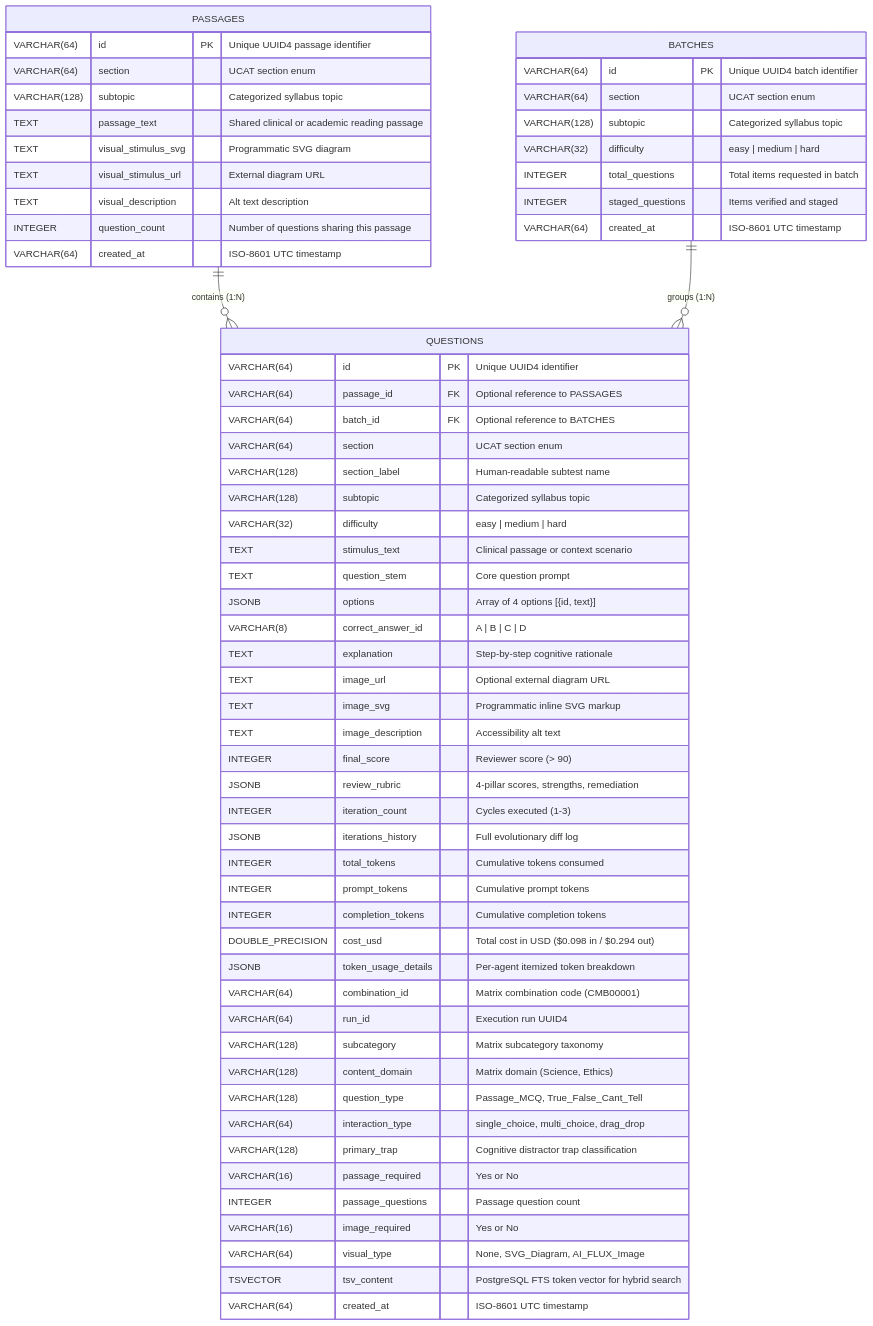
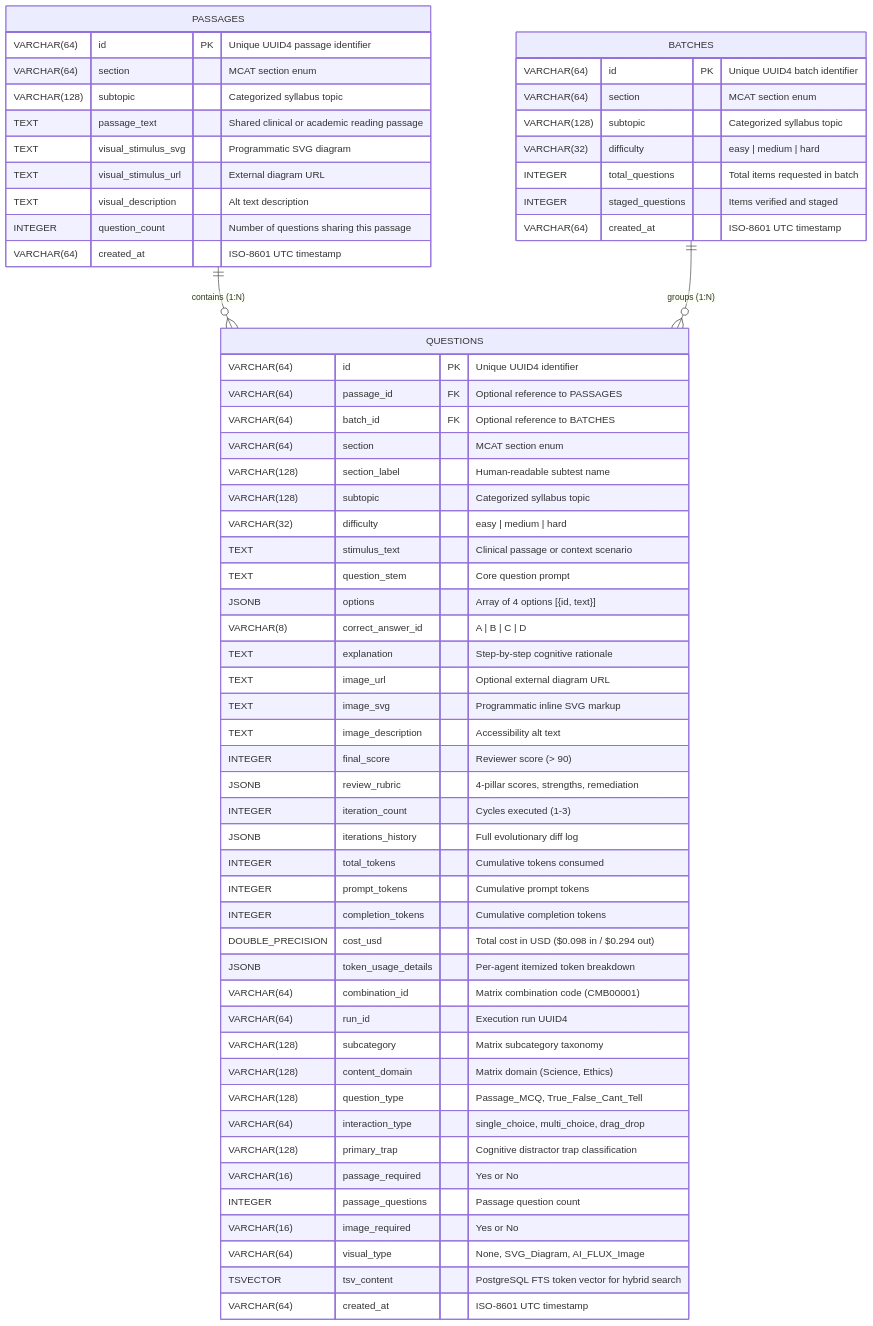
Before and after one commit to VishwamPatel-Infynno/MCAT-Question-Bank-Generator: the fourth of 6 diagrams in docs/ARCHITECTURE.md, drawn with Mermaid. The commit also changed other lines of this file and 69 other files, not shown here.

First line of the commit message:
feat(mcat): transition to official AAMC MCAT standard with fixed 5-question batches and binary passage architecture

````diff
--- a/docs/ARCHITECTURE.md
+++ b/docs/ARCHITECTURE.md
@@ -247,67 +247,67 @@
 ```mermaid
 erDiagram
     PASSAGES ||--o{ QUESTIONS : "contains (1:N)"
     BATCHES ||--o{ QUESTIONS : "groups (1:N)"
 
     PASSAGES {
         VARCHAR(64) id PK "Unique UUID4 passage identifier"
-        VARCHAR(64) section "UCAT section enum"
+        VARCHAR(64) section "MCAT section enum"
         VARCHAR(128) subtopic "Categorized syllabus topic"
         TEXT passage_text "Shared clinical or academic reading passage"
         TEXT visual_stimulus_svg "Programmatic SVG diagram"
         TEXT visual_stimulus_url "External diagram URL"
         TEXT visual_description "Alt text description"
         INTEGER question_count "Number of questions sharing this passage"
         VARCHAR(64) created_at "ISO-8601 UTC timestamp"
     }
 
     BATCHES {
         VARCHAR(64) id PK "Unique UUID4 batch identifier"
-        VARCHAR(64) section "UCAT section enum"
+        VARCHAR(64) section "MCAT section enum"
         VARCHAR(128) subtopic "Categorized syllabus topic"
         VARCHAR(32) difficulty "easy | medium | hard"
         INTEGER total_questions "Total items requested in batch"
         INTEGER staged_questions "Items verified and staged"
         VARCHAR(64) created_at "ISO-8601 UTC timestamp"
     }
 
     QUESTIONS {
         VARCHAR(64) id PK "Unique UUID4 identifier"
         VARCHAR(64) passage_id FK "Optional reference to PASSAGES"
         VARCHAR(64) batch_id FK "Optional reference to BATCHES"
-        VARCHAR(64) section "UCAT section enum"
+        VARCHAR(64) section "MCAT section enum"
         VARCHAR(128) section_label "Human-readable subtest name"
         VARCHAR(128) subtopic "Categorized syllabus topic"
         VARCHAR(32) difficulty "easy | medium | hard"
         TEXT stimulus_text "Clinical passage or context scenario"
         TEXT question_stem "Core question prompt"
         JSONB options "Array of 4 options [{id, text}]"
         VARCHAR(8) correct_answer_id "A | B | C | D"
         TEXT explanation "Step-by-step cognitive rationale"
         TEXT image_url "Optional external diagram URL"
         TEXT image_svg "Programmatic inline SVG markup"
         TEXT image_description "Accessibility alt text"
         INTEGER final_score "Reviewer score (> 90)"
         JSONB review_rubric "4-pillar scores, strengths, remediation"
         INTEGER iteration_count "Cycles executed (1-3)"
         JSONB iterations_history "Full evolutionary diff log"
         INTEGER total_tokens "Cumulative tokens consumed"
         INTEGER prompt_tokens "Cumulative prompt tokens"
         INTEGER completion_tokens "Cumulative completion tokens"
         DOUBLE_PRECISION cost_usd "Total cost in USD ($0.098 in / $0.294 out)"
         JSONB token_usage_details "Per-agent itemized token breakdown"
         VARCHAR(64) combination_id "Matrix combination code (CMB00001)"
         VARCHAR(64) run_id "Execution run UUID4"
         VARCHAR(128) subcategory "Matrix subcategory taxonomy"
         VARCHAR(128) content_domain "Matrix domain (Science, Ethics)"
         VARCHAR(128) question_type "Passage_MCQ, True_False_Cant_Tell"
         VARCHAR(64) interaction_type "single_choice, multi_choice, drag_drop"
         VARCHAR(128) primary_trap "Cognitive distractor trap classification"
         VARCHAR(16) passage_required "Yes or No"
         INTEGER passage_questions "Passage question count"
         VARCHAR(16) image_required "Yes or No"
         VARCHAR(64) visual_type "None, SVG_Diagram, AI_FLUX_Image"
         TSVECTOR tsv_content "PostgreSQL FTS token vector for hybrid search"
         VARCHAR(64) created_at "ISO-8601 UTC timestamp"
     }
 ```
````
